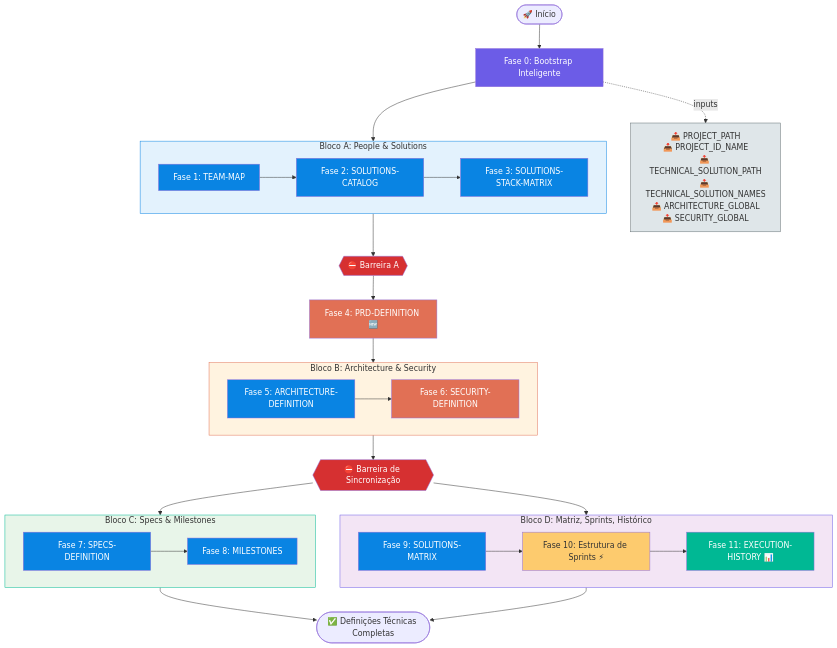
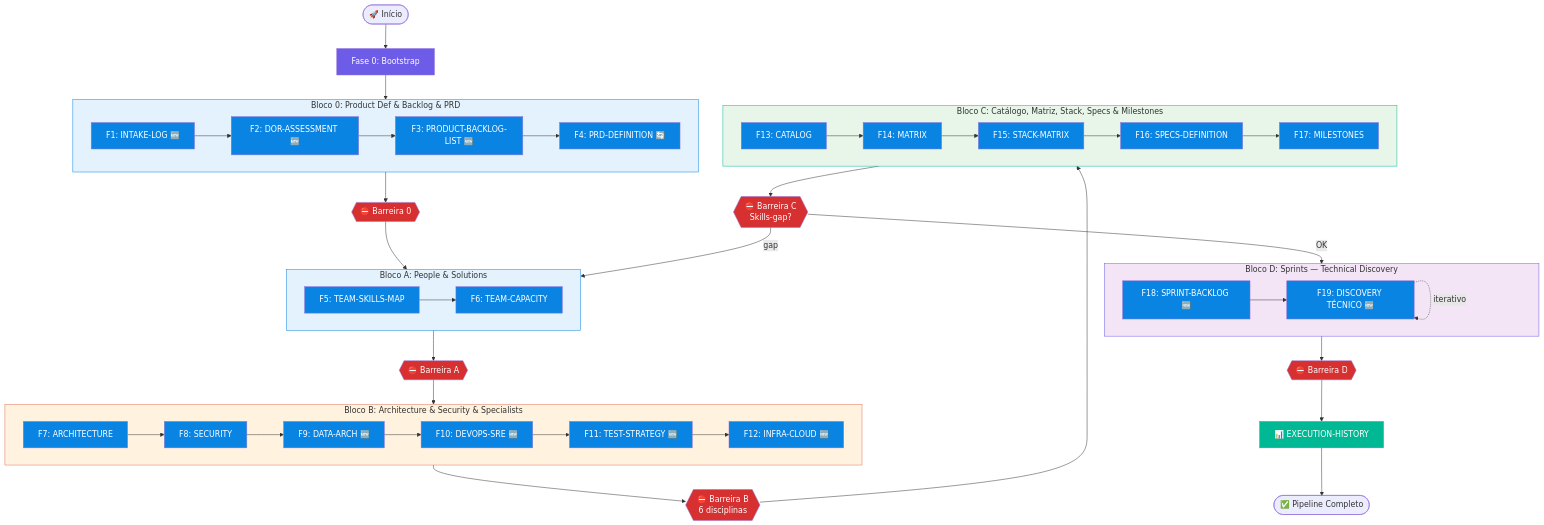
The first of 10 diagrams in .specs/prompts/project-technical-definitions/FLOWCHART-PROMPT-ROADMAP-GENERATE-PROJECT-TECHNICAL-DEFINITIONS.md (bolismar69/workspace-fbso), drawn with Mermaid before and after one commit. The commit also changed other lines of this file, not shown here.

First line of the commit message:
docs: flowchart tech-defs v4.0 → v5.0 — blocos sequenciais, 20 fases

````diff
--- a/.specs/prompts/project-technical-definitions/FLOWCHART-PROMPT-ROADMAP-GENERATE-PROJECT-TECHNICAL-DEFINITIONS.md
+++ b/.specs/prompts/project-technical-definitions/FLOWCHART-PROMPT-ROADMAP-GENERATE-PROJECT-TECHNICAL-DEFINITIONS.md
@@ -13,63 +13,84 @@
 ```mermaid
 flowchart TB
-    START([🚀 Início]) --> F0[Fase 0: Bootstrap Inteligente]
-
-    F0 --> BLOCO_A
-
+    START([🚀 Início]) --> F0[Fase 0: Bootstrap]
+    F0 --> BLOCO_0
+    
+    subgraph BLOCO_0[Bloco 0: Product Def & Backlog & PRD]
+        F1[F1: INTAKE-LOG 🆕] --> F2[F2: DOR-ASSESSMENT 🆕]
+        F2 --> F3[F3: PRODUCT-BACKLOG-LIST 🆕]
+        F3 --> F4[F4: PRD-DEFINITION 🔄]
+    end
+    
+    BLOCO_0 --> G0{{⛔ Barreira 0}}
+    G0 --> BLOCO_A
+    
     subgraph BLOCO_A[Bloco A: People & Solutions]
-        direction LR
-        F1[Fase 1: TEAM-MAP] --> F2[Fase 2: SOLUTIONS-CATALOG]
-        F2 --> F3[Fase 3: SOLUTIONS-STACK-MATRIX]
+        F5[F5: TEAM-SKILLS-MAP] --> F6[F6: TEAM-CAPACITY]
     end
-
-    BLOCO_A --> BARREIRA_1{{⛔ Barreira A}}
-    BARREIRA_1 --> F4[Fase 4: PRD-DEFINITION 🆕]
-
-    F4 --> BLOCO_B
-
-    subgraph BLOCO_B[Bloco B: Architecture & Security]
-        direction LR
-        F5[Fase 5: ARCHITECTURE-DEFINITION] --> F6[Fase 6: SECURITY-DEFINITION]
+    
+    BLOCO_A --> GA{{⛔ Barreira A}}
+    GA --> BLOCO_B
+    
+    subgraph BLOCO_B[Bloco B: Architecture & Security & Specialists]
+        F7[F7: ARCHITECTURE] --> F8[F8: SECURITY]
+        F8 --> F9[F9: DATA-ARCH 🆕]
+        F9 --> F10[F10: DEVOPS-SRE 🆕]
+        F10 --> F11[F11: TEST-STRATEGY 🆕]
+        F11 --> F12[F12: INFRA-CLOUD 🆕]
     end
-
-    BLOCO_B --> BARREIRA_2{{⛔ Barreira de Sincronização}}
-
-    BARREIRA_2 --> BLOCO_C
-    BARREIRA_2 --> BLOCO_D
-
-    subgraph BLOCO_C[Bloco C: Specs & Milestones]
-        direction LR
-        F7[Fase 7: SPECS-DEFINITION] --> F8[Fase 8: MILESTONES]
+    
+    BLOCO_B --> GB{{⛔ Barreira B<br/>6 disciplinas}}
+    GB --> BLOCO_C
+    
+    subgraph BLOCO_C[Bloco C: Catálogo, Matriz, Stack, Specs & Milestones]
+        F13[F13: CATALOG] --> F14[F14: MATRIX]
+        F14 --> F15[F15: STACK-MATRIX]
+        F15 --> F16[F16: SPECS-DEFINITION]
+        F16 --> F17[F17: MILESTONES]
     end
-
-    subgraph BLOCO_D[Bloco D: Matriz, Sprints, Histórico]
-        direction LR
-        F9[Fase 9: SOLUTIONS-MATRIX] --> F10[Fase 10: Estrutura de Sprints ⚡]
-        F10 --> F11[Fase 11: EXECUTION-HISTORY 📊]
+    
+    BLOCO_C --> GC{{⛔ Barreira C<br/>Skills-gap?}}
+    GC -->|gap| BLOCO_A
+    GC -->|OK| BLOCO_D
+    
+    subgraph BLOCO_D[Bloco D: Sprints — Technical Discovery]
+        F18[F18: SPRINT-BACKLOG 🆕] --> F19[F19: DISCOVERY TÉCNICO 🆕]
+        F19 -.->|iterativo| F19
     end
-
-    BLOCO_C --> END([✅ Definições Técnicas Completas])
-    BLOCO_D --> END
-
-    F0 -.->|inputs| INPUTS[📥 PROJECT_PATH<br/>📥 PROJECT_ID_NAME<br/>📥 TECHNICAL_SOLUTION_PATH<br/>📥 TECHNICAL_SOLUTION_NAMES<br/>📥 ARCHITECTURE_GLOBAL<br/>📥 SECURITY_GLOBAL]
+    
+    BLOCO_D --> GD{{⛔ Barreira D}}
+    GD --> HIST[📊 EXECUTION-HISTORY]
+    HIST --> END([✅ Pipeline Completo])
 
     style F0 fill:#6c5ce7,color:#fff
     style F1 fill:#0984e3,color:#fff
     style F2 fill:#0984e3,color:#fff
     style F3 fill:#0984e3,color:#fff
-    style F4 fill:#e17055,color:#fff
+    style F4 fill:#0984e3,color:#fff
     style F5 fill:#0984e3,color:#fff
-    style F6 fill:#e17055,color:#fff
+    style F6 fill:#0984e3,color:#fff
     style F7 fill:#0984e3,color:#fff
     style F8 fill:#0984e3,color:#fff
     style F9 fill:#0984e3,color:#fff
-    style F10 fill:#fdcb6e,color:#333
-    style F11 fill:#00b894,color:#fff
-    style BARREIRA_1 fill:#d63031,color:#fff
-    style BARREIRA_2 fill:#d63031,color:#fff
+    style F10 fill:#0984e3,color:#fff
+    style F11 fill:#0984e3,color:#fff
+    style F12 fill:#0984e3,color:#fff
+    style F13 fill:#0984e3,color:#fff
+    style F14 fill:#0984e3,color:#fff
+    style F15 fill:#0984e3,color:#fff
+    style F16 fill:#0984e3,color:#fff
+    style F17 fill:#0984e3,color:#fff
+    style F18 fill:#0984e3,color:#fff
+    style F19 fill:#0984e3,color:#fff
+    style G0 fill:#d63031,color:#fff
+    style GA fill:#d63031,color:#fff
+    style GB fill:#d63031,color:#fff
+    style GC fill:#d63031,color:#fff
+    style GD fill:#d63031,color:#fff
+    style BLOCO_0 fill:#e3f2fd,stroke:#0984e3
     style BLOCO_A fill:#e3f2fd,stroke:#0984e3
     style BLOCO_B fill:#fff3e0,stroke:#e17055
     style BLOCO_C fill:#e8f5e9,stroke:#00b894
     style BLOCO_D fill:#f3e5f5,stroke:#6c5ce7
-    style INPUTS fill:#dfe6e9,stroke:#636e72
+    style HIST fill:#00b894,color:#fff
 ```
````
